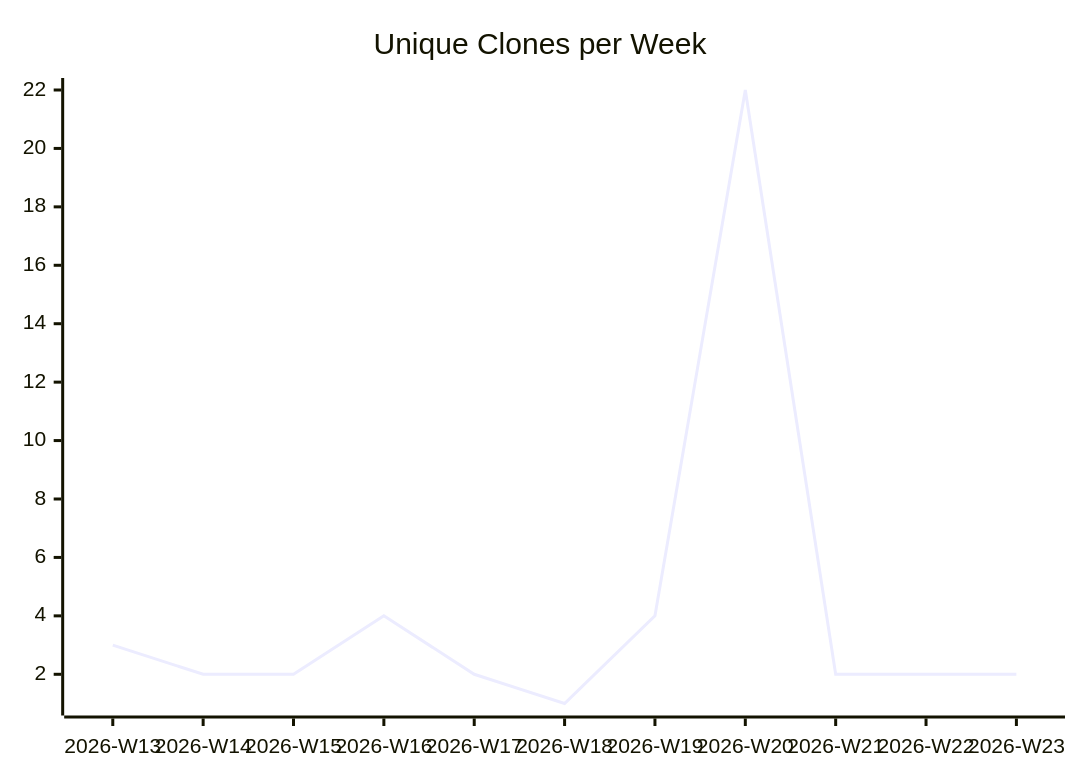
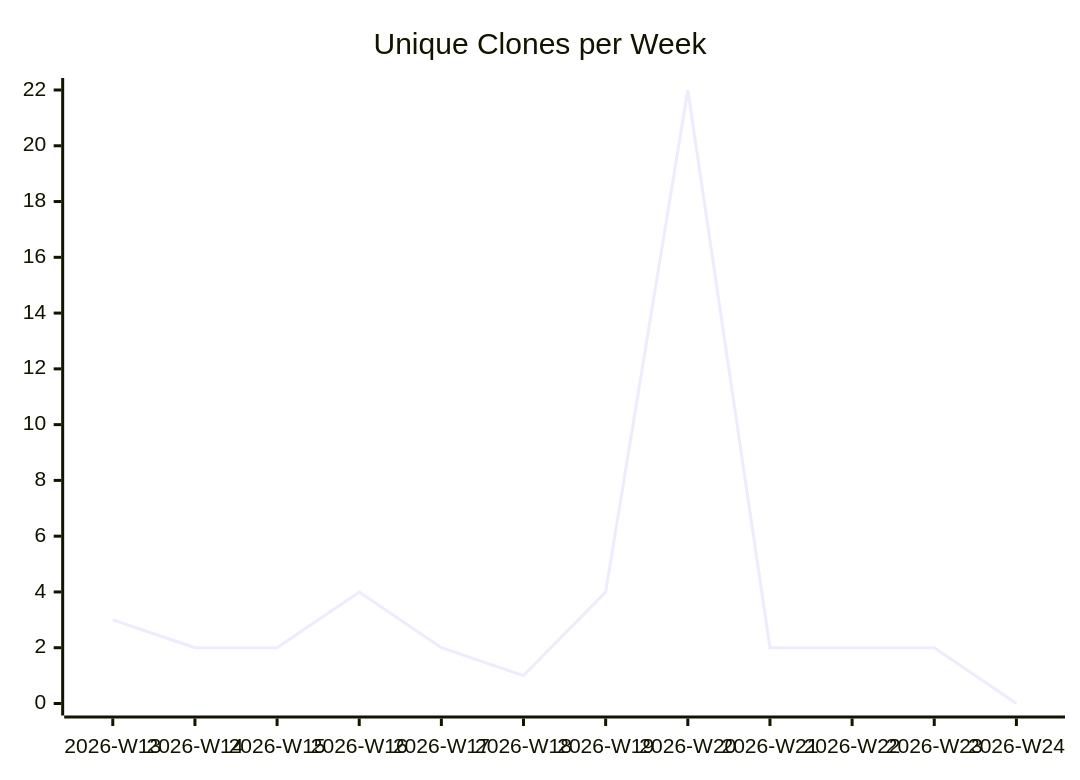
Before and after one commit to justdavis-family/github-analytics-data: the third of 3 diagrams in karlmdavis/ansible-role-rcm-dotfiles/README.md, drawn with Mermaid. The commit also changed other lines of this file and 189 other files, not shown here.

````diff
--- a/karlmdavis/ansible-role-rcm-dotfiles/README.md
+++ b/karlmdavis/ansible-role-rcm-dotfiles/README.md
@@ -19,6 +19,6 @@
 ```mermaid
 xychart-beta
   title "Unique Clones per Week"
-  x-axis ["2026-W13", "2026-W14", "2026-W15", "2026-W16", "2026-W17", "2026-W18", "2026-W19", "2026-W20", "2026-W21", "2026-W22", "2026-W23"]
-  line [3, 2, 2, 4, 2, 1, 4, 22, 2, 2, 2]
+  x-axis ["2026-W13", "2026-W14", "2026-W15", "2026-W16", "2026-W17", "2026-W18", "2026-W19", "2026-W20", "2026-W21", "2026-W22", "2026-W23", "2026-W24"]
+  line [3, 2, 2, 4, 2, 1, 4, 22, 2, 2, 2, 0]
 ```
````
